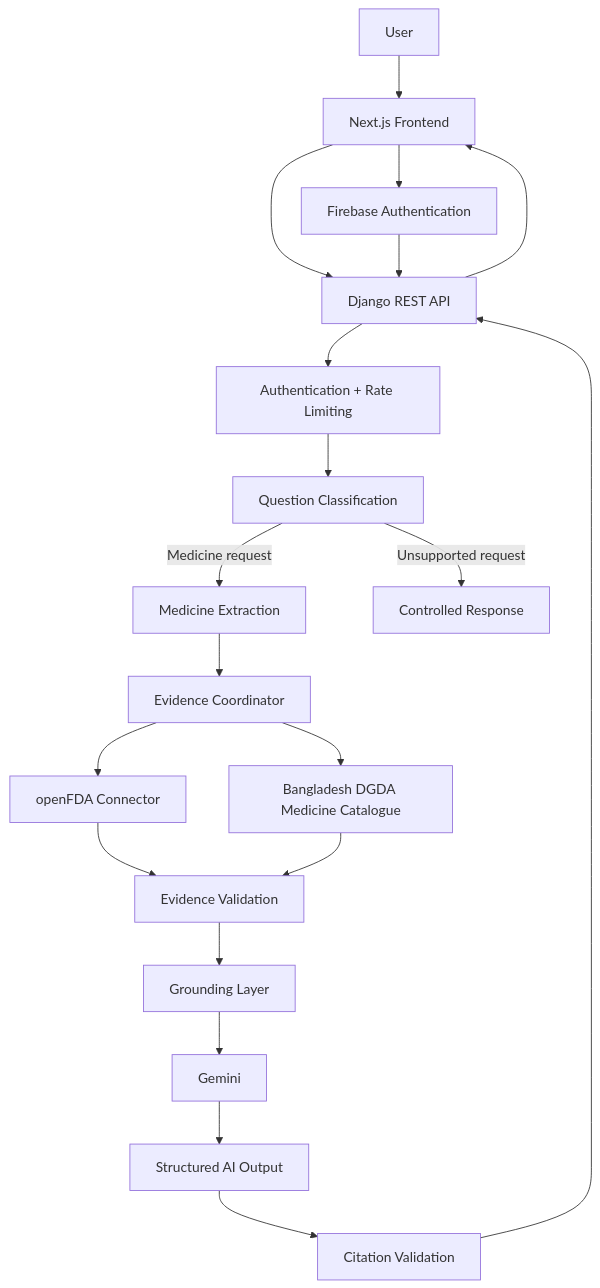
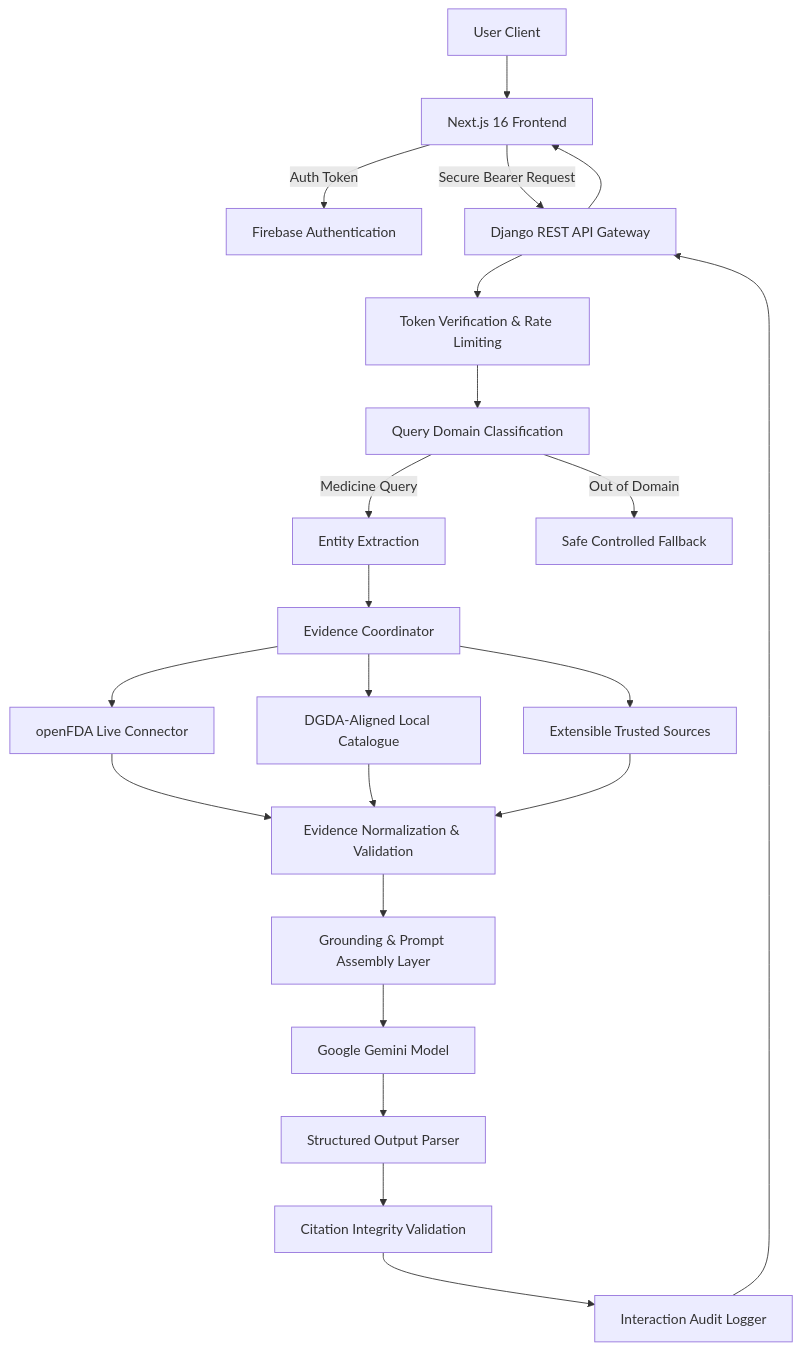
The diagram in README.md (dibyasarothidibya-lang/Mediguard-AI), drawn with Mermaid before and after one commit. The commit also changed other lines of this file, not shown here.

Commit message:
docs: overhaul README with academic disclaimer, accurate DGDA catalogue framing, and complete feature audit

````diff
--- a/README.md
+++ b/README.md
@@ -207,31 +70,32 @@
 ```mermaid
 flowchart TD
-    U[User] --> F[Next.js Frontend]
+    U[User Client] --> F[Next.js 16 Frontend]
 
-    F --> A[Firebase Authentication]
-    F --> API[Django REST API]
+    F -->|Auth Token| FB[Firebase Authentication]
+    F -->|Secure Bearer Request| API[Django REST API Gateway]
 
-    A --> API
+    API --> AUTH[Token Verification & Rate Limiting]
+    AUTH --> CLASSIFY[Query Domain Classification]
 
-    API --> AUTH[Authentication + Rate Limiting]
-    AUTH --> CLASSIFY[Question Classification]
-
-    CLASSIFY -->|Medicine request| EXTRACT[Medicine Extraction]
-    CLASSIFY -->|Unsupported request| SAFE[Controlled Response]
+    CLASSIFY -->|Medicine Query| EXTRACT[Entity Extraction]
+    CLASSIFY -->|Out of Domain| SAFE[Safe Controlled Fallback]
 
     EXTRACT --> EVIDENCE[Evidence Coordinator]
 
-    EVIDENCE --> OFDA[openFDA Connector]
-    EVIDENCE --> DGDA[Bangladesh DGDA Medicine Catalogue]
+    EVIDENCE --> OFDA[openFDA Live Connector]
+    EVIDENCE --> CAT[DGDA-Aligned Local Catalogue]
+    EVIDENCE --> EXT[Extensible Trusted Sources]
 
-    OFDA --> VALIDATE[Evidence Validation]
-    DGDA --> VALIDATE
+    OFDA --> VALIDATE[Evidence Normalization & Validation]
+    CAT --> VALIDATE
+    EXT --> VALIDATE
 
-    VALIDATE --> GROUND[Grounding Layer]
-    GROUND --> AI[Gemini]
-    AI --> OUTPUT[Structured AI Output]
+    VALIDATE --> GROUND[Grounding & Prompt Assembly Layer]
+    GROUND --> LLM[Google Gemini Model]
+    LLM --> PARSE[Structured Output Parser]
 
-    OUTPUT --> CITATION[Citation Validation]
-    CITATION --> API
+    PARSE --> CITE[Citation Integrity Validation]
+    CITE --> LOG[Interaction Audit Logger]
+    LOG --> API
     API --> F
 ```
````
